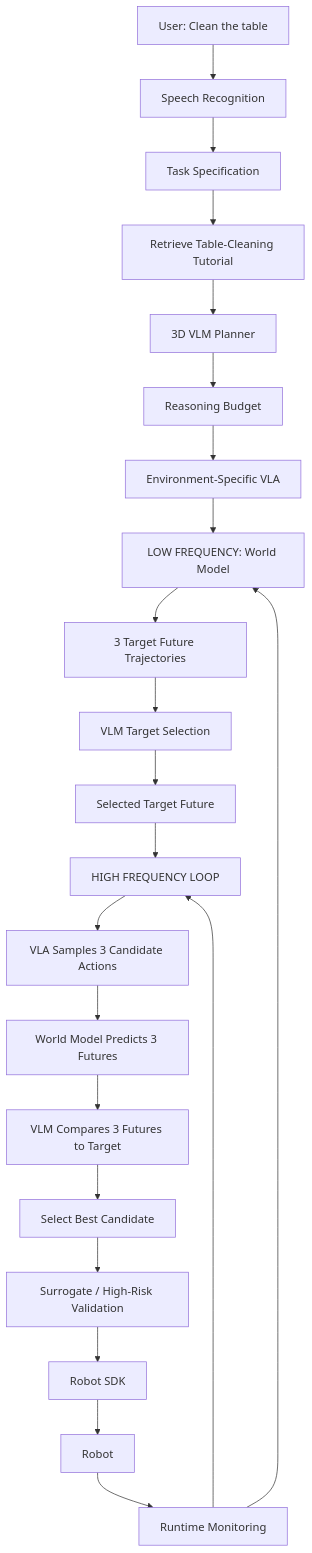
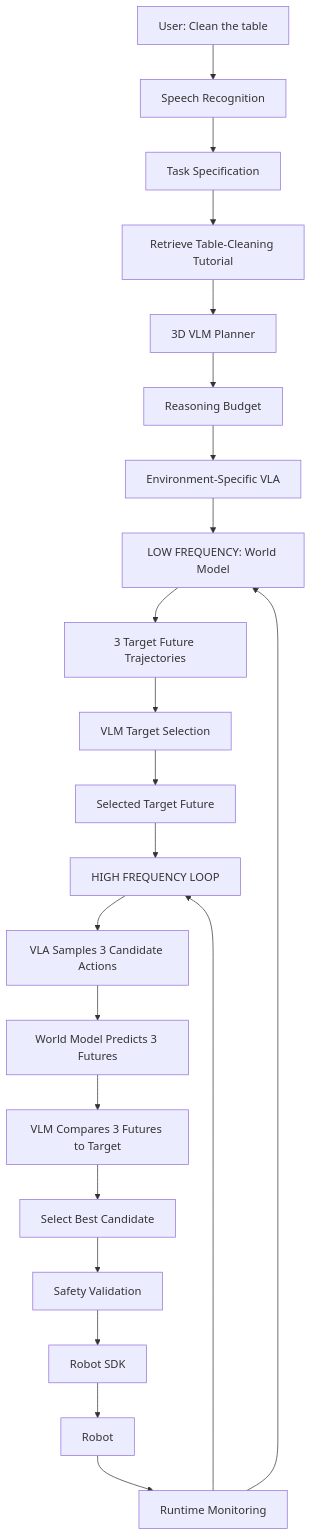
The tenth of 11 diagrams in docs/specs/post-demo/lunch_robotics.md (Freelunch-AI/freelunch-ide), drawn with Mermaid before and after one commit. The commit also changed other lines of this file, not shown here.

````diff
--- a/docs/specs/post-demo/lunch_robotics.md
+++ b/docs/specs/post-demo/lunch_robotics.md
@@ -1938,43 +2468,43 @@
 ```mermaid
 flowchart TD
     A["User: Clean the table"]
     --> B["Speech Recognition"]
 
     B --> C["Task Specification"]
     C --> D["Retrieve Table-Cleaning Tutorial"]
 
     D --> E["3D VLM Planner"]
     E --> F["Reasoning Budget"]
 
     F --> G["Environment-Specific VLA"]
 
     G --> H["LOW FREQUENCY: World Model"]
 
     H --> I["3 Target Future Trajectories"]
 
     I --> J["VLM Target Selection"]
 
     J --> K["Selected Target Future"]
 
     K --> L["HIGH FREQUENCY LOOP"]
 
     L --> M["VLA Samples 3 Candidate Actions"]
 
     M --> N["World Model Predicts 3 Futures"]
 
     N --> O["VLM Compares 3 Futures to Target"]
 
     O --> P["Select Best Candidate"]
 
-    P --> Q["Surrogate / High-Risk Validation"]
+    P --> Q["Safety Validation"]
 
     Q --> R["Robot SDK"]
 
     R --> S["Robot"]
 
     S --> T["Runtime Monitoring"]
 
     T --> L
 
     T --> H
 ```
````
